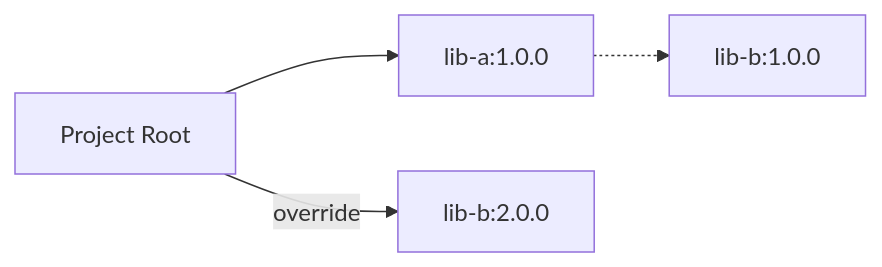
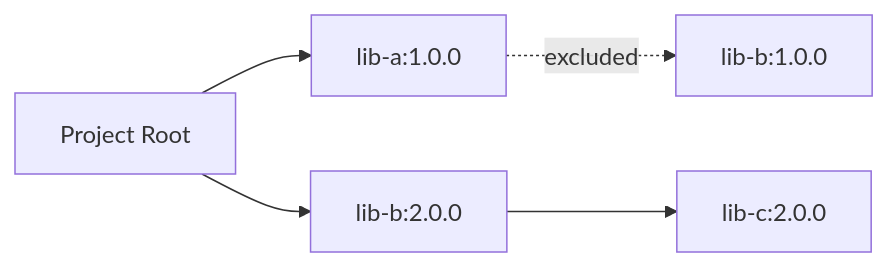
One commit to JavaDependencyHell/fieldguide changed the diagram in demos/sbt-demo/scenario-12-metadata/guide.qmd. Above: the diagram before and after it, drawn with Mermaid. The commit also changed other lines of this file and 208 other files, not shown here.

````diff
--- a/demos/sbt-demo/scenario-12-metadata/guide.qmd
+++ b/demos/sbt-demo/scenario-12-metadata/guide.qmd
@@ -19,7 +19,8 @@
 ```{mermaid}
 %%| fig-width: 4.4
 graph LR
     Root[Project Root] --> LibA[lib-a:1.0.0]
-    LibA -.-> LibB[lib-b:1.0.0]
-    Root -- override --> LibB_Fixed[lib-b:2.0.0]
+    LibA -.->|excluded| LibB1[lib-b:1.0.0]
+    Root --> LibB2[lib-b:2.0.0]
+    LibB2 --> LibC2[lib-c:2.0.0]
 ```
````
